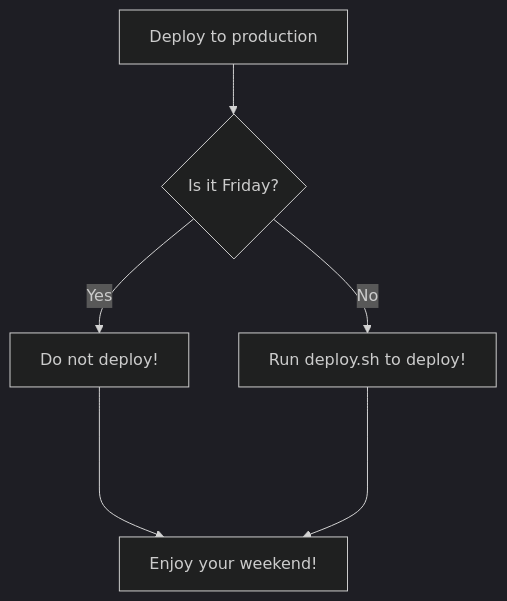
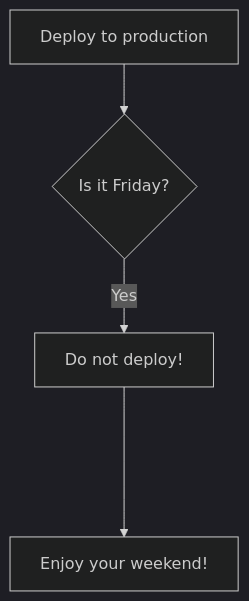
One commit to alexvea/KB changed the diagram in README.md. Above: the diagram before and after it, drawn with Mermaid (dark theme).

````diff
--- a/README.md
+++ b/README.md
@@ -103,8 +103,6 @@
 ```mermaid
 flowchart TD
 A[Deploy to production] --> B{Is it Friday?};
 B -- Yes --> C[Do not deploy!];
-B -- No --> D[Run deploy.sh to deploy!];
 C ----> E[Enjoy your weekend!];
-D ----> E[Enjoy your weekend!];
 ```
````
